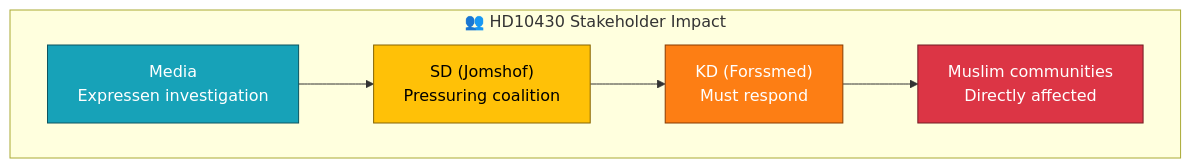
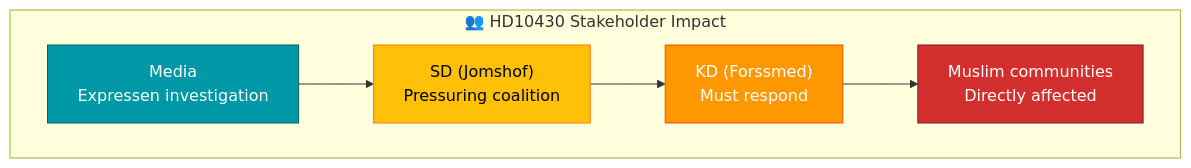
One commit to Hack23/riksdagsmonitor changed the diagram in analysis/daily/2026-04-07/realtime-1411/documents/hd10430-analysis.md. Above: the diagram before and after it, drawn with Mermaid. The commit also changed 785 other files, not shown here.

First line of the commit message:
Normalize mermaid colors across 786 analysis artifacts to ISMS Style Guide palette

````diff
--- a/analysis/daily/2026-04-07/realtime-1411/documents/hd10430-analysis.md
+++ b/analysis/daily/2026-04-07/realtime-1411/documents/hd10430-analysis.md
@@ -38,16 +38,16 @@
 ```mermaid
 graph TD
     subgraph "👥 HD10430 Stakeholder Impact"
         SD_P["SD (Jomshof)<br>Pressuring coalition"]
         KD_M["KD (Forssmed)<br>Must respond"]
         MUSLIM["Muslim communities<br>Directly affected"]
         MEDIA["Media<br>Expressen investigation"]
     end
     SD_P --> KD_M
     MEDIA --> SD_P
     KD_M --> MUSLIM
-    style SD_P fill:#ffc107,stroke:#856404,color:#000
-    style KD_M fill:#fd7e14,stroke:#873b00,color:#fff
-    style MUSLIM fill:#dc3545,stroke:#721c24,color:#fff
-    style MEDIA fill:#17a2b8,stroke:#0c5460,color:#fff
+    style SD_P fill:#FFC107,stroke:#F57C00,color:#000000
+    style KD_M fill:#FF9800,stroke:#E65100,color:#FFFFFF
+    style MUSLIM fill:#D32F2F,stroke:#721c24,color:#FFFFFF
+    style MEDIA fill:#0097A7,stroke:#006064,color:#FFFFFF
 ```
````
